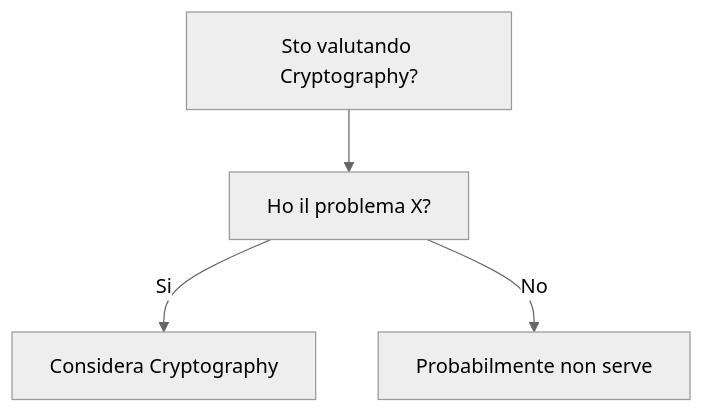
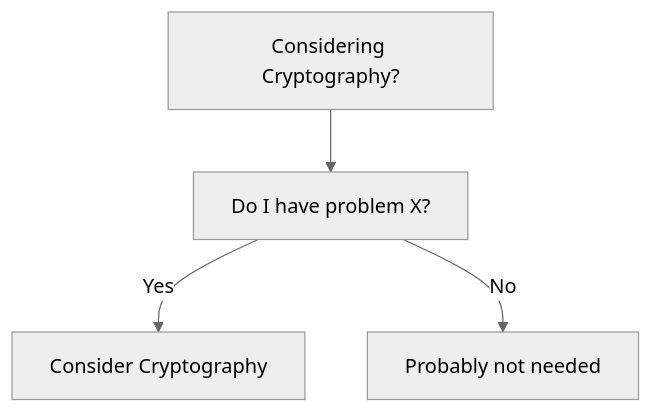
Before and after one commit to HxT9/Software-Dev-Wiki: the diagram in dev-wiki/08_Security/Cryptography/When_To_Use.md, drawn with Mermaid (neutral theme). The commit also changed other lines of this file and 3444 other files, not shown here.

````diff
--- a/dev-wiki/08_Security/Cryptography/When_To_Use.md
+++ b/dev-wiki/08_Security/Cryptography/When_To_Use.md
@@ -19,6 +19,6 @@
 ```mermaid
 flowchart TD
-  Q[Sto valutando Cryptography?] --> Q1[Ho il problema X?]
-  Q1 -->|Si| OK[Considera Cryptography]
-  Q1 -->|No| NO[Probabilmente non serve]
+  Q[Considering Cryptography?] --> Q1[Do I have problem X?]
+  Q1 -->|Yes| OK[Consider Cryptography]
+  Q1 -->|No| NO[Probably not needed]
 ```
````
